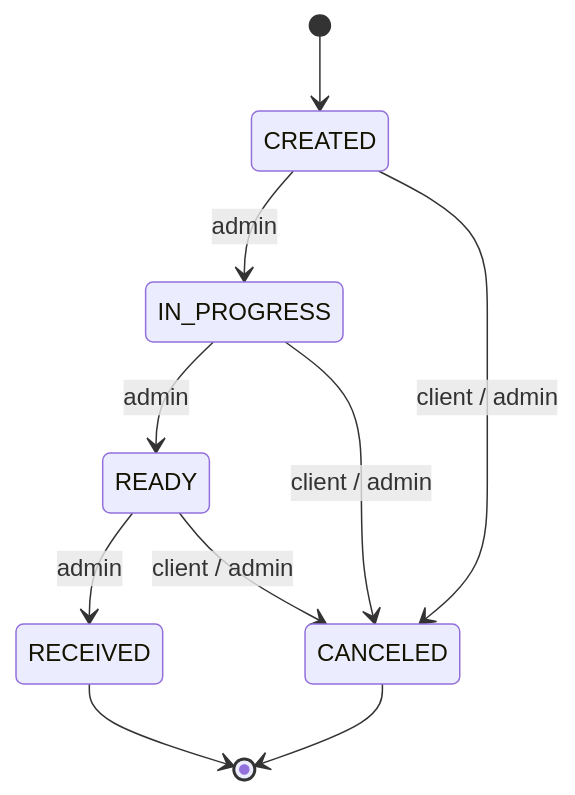
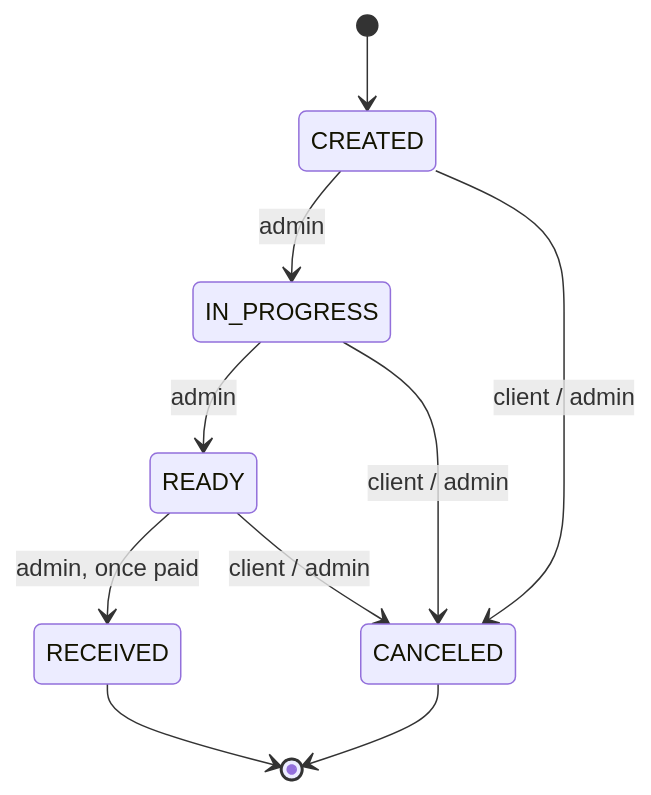
One commit to 33Cerberus/chairtime changed the fourth of 5 diagrams in docs/data-model.md. Above: the diagram before and after it, drawn with Mermaid. The commit also changed other lines of this file and 95 other files, not shown here.

````diff
--- a/docs/data-model.md
+++ b/docs/data-model.md
@@ -214,12 +274,12 @@
 ```mermaid
 stateDiagram-v2
     [*] --> CREATED
     CREATED --> IN_PROGRESS : admin
     IN_PROGRESS --> READY : admin
-    READY --> RECEIVED : admin
+    READY --> RECEIVED : admin, once paid
     CREATED --> CANCELED : client / admin
     IN_PROGRESS --> CANCELED : client / admin
     READY --> CANCELED : client / admin
     RECEIVED --> [*]
     CANCELED --> [*]
 ```
````
